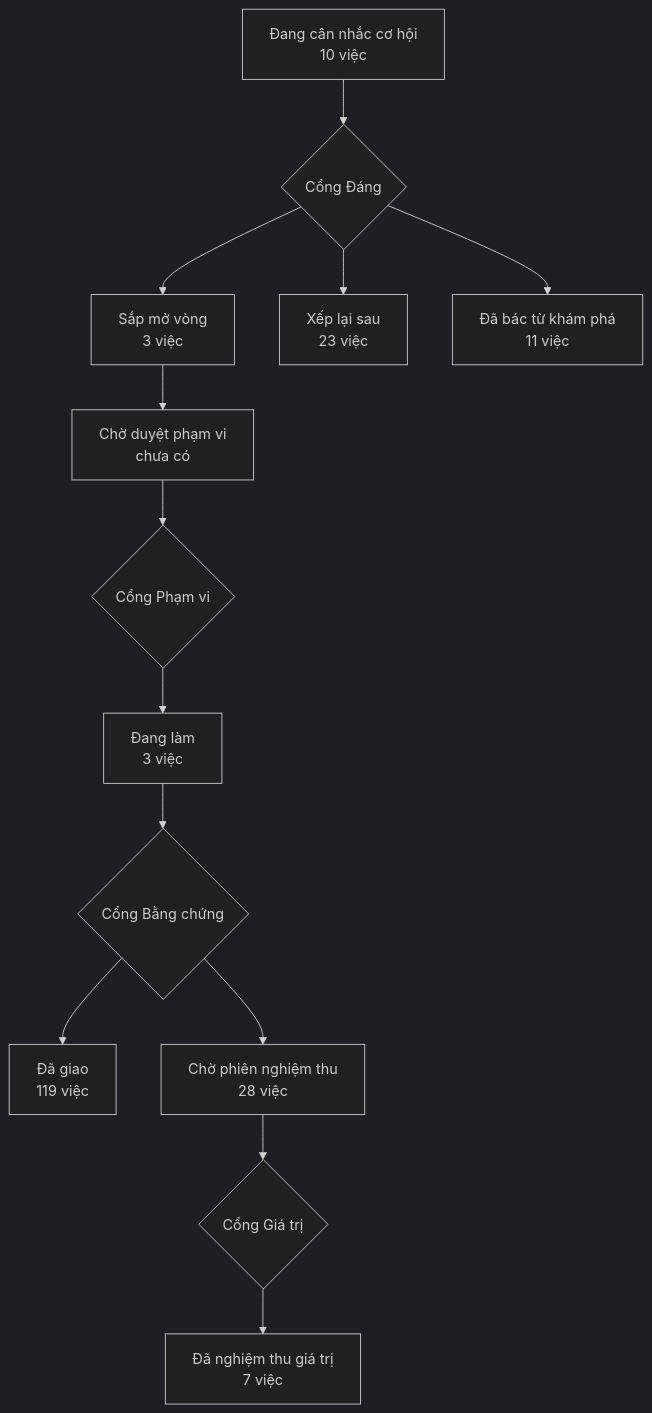
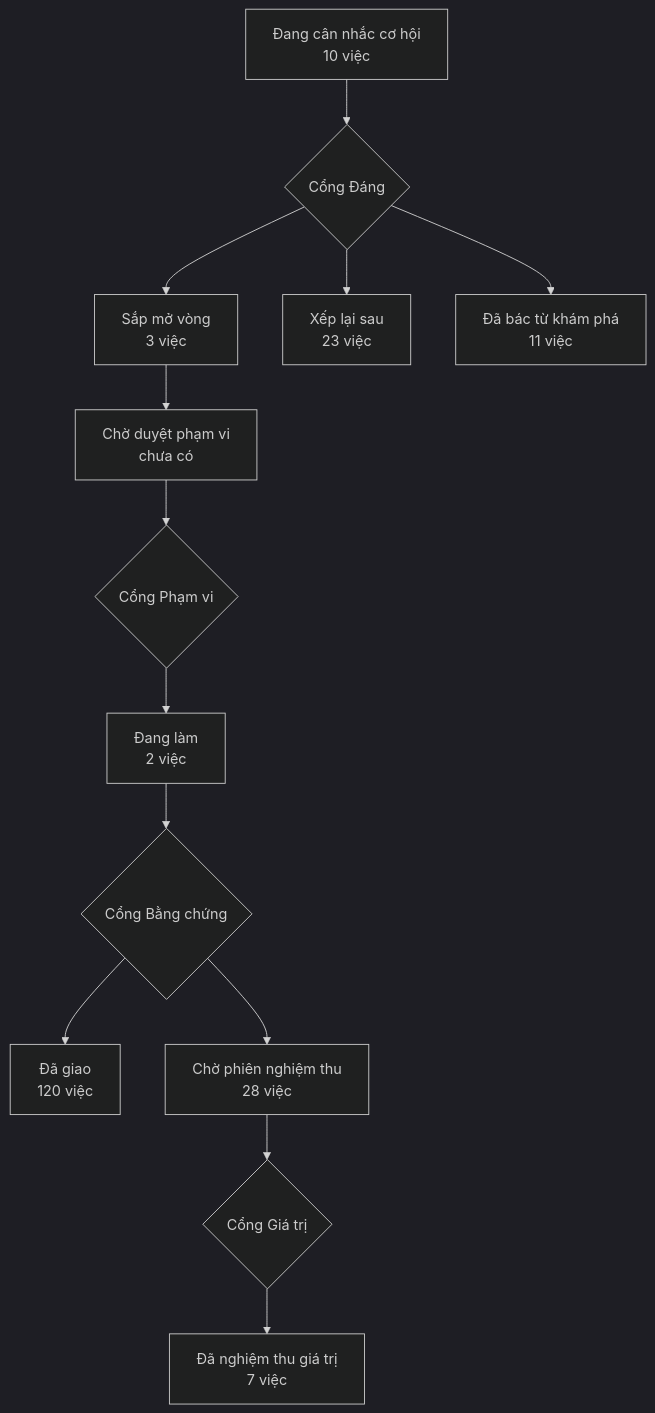
One commit to phanlemanh/acceptance-gate-kit changed the diagram in PRODUCT-MAP.md. Above: the diagram before and after it, drawn with Mermaid (dark theme). The commit also changed 6 other files, not shown here.

````diff
--- a/PRODUCT-MAP.md
+++ b/PRODUCT-MAP.md
@@ -7,12 +7,12 @@
 ```mermaid
 flowchart TD
   A["Đang cân nhắc cơ hội<br/>10 việc"] --> GD{"Cổng Đáng"}
   GD --> B["Sắp mở vòng<br/>3 việc"]
   GD --> XL["Xếp lại sau<br/>23 việc"]
   GD --> DB["Đã bác từ khám phá<br/>11 việc"]
   B --> CD["Chờ duyệt phạm vi<br/>chưa có"] --> GP{"Cổng Phạm vi"}
-  GP --> DL["Đang làm<br/>3 việc"] --> GB{"Cổng Bằng chứng"}
-  GB --> DG["Đã giao<br/>119 việc"]
+  GP --> DL["Đang làm<br/>2 việc"] --> GB{"Cổng Bằng chứng"}
+  GB --> DG["Đã giao<br/>120 việc"]
   GB --> CN["Chờ phiên nghiệm thu<br/>28 việc"] --> GG{"Cổng Giá trị"}
   GG --> NT["Đã nghiệm thu giá trị<br/>7 việc"]
 ```
````
